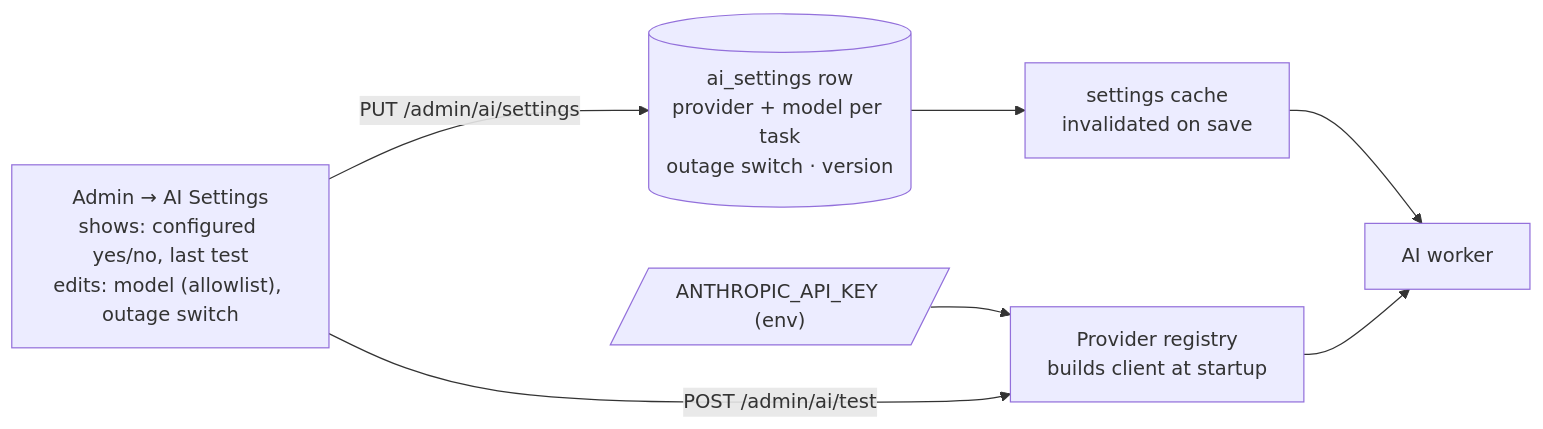
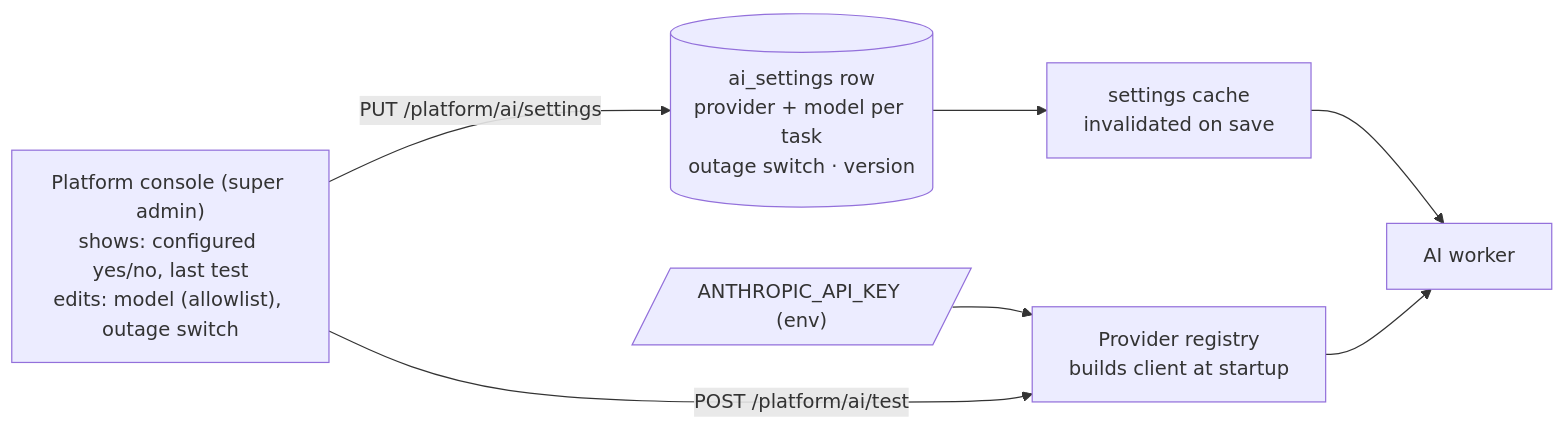
Before and after one commit to akshykmratloop/bookLeaf_support_system: the seventh of 15 diagrams in docs/architecture.md, drawn with Mermaid. The commit also changed other lines of this file and 4 other files, not shown here.

Commit message:
docs: 1 Nov hardening round in the security report, architecture, integration and status

````diff
--- a/docs/architecture.md
+++ b/docs/architecture.md
@@ -216,9 +254,9 @@
 ```mermaid
 flowchart LR
     env[/"ANTHROPIC_API_KEY (env)"/] --> registry["Provider registry<br/>builds client at startup"]
     settings[("ai_settings row<br/>provider + model per task<br/>outage switch · version")] --> cache["settings cache<br/>invalidated on save"]
-    ui["Admin → AI Settings<br/>shows: configured yes/no, last test<br/>edits: model (allowlist), outage switch"] -- "PUT /admin/ai/settings" --> settings
-    ui -- "POST /admin/ai/test" --> registry
+    ui["Platform console (super admin)<br/>shows: configured yes/no, last test<br/>edits: model (allowlist), outage switch"] -- "PUT /platform/ai/settings" --> settings
+    ui -- "POST /platform/ai/test" --> registry
     cache --> jobs["AI worker"]
     registry --> jobs
 ```
````
